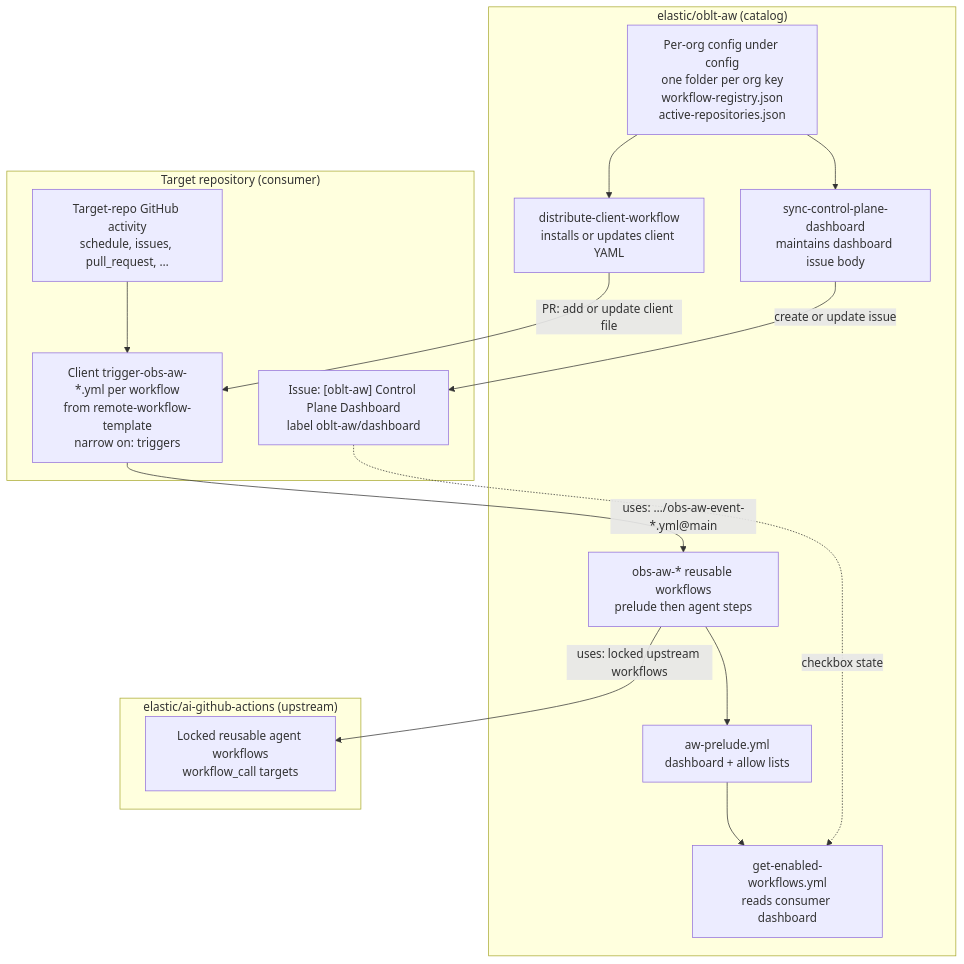
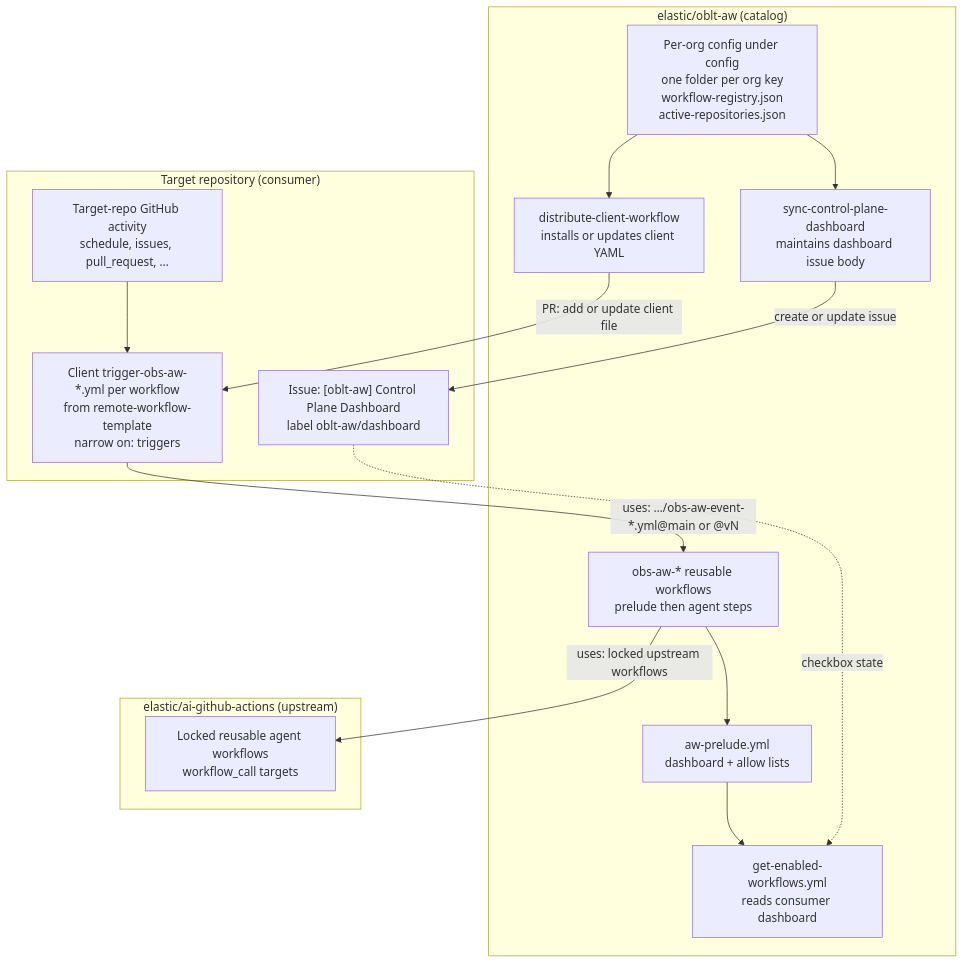
Before and after one commit to elastic/oblt-aw: the first of 4 diagrams in docs/architecture/overview.md, drawn with Mermaid. The commit also changed 27 other files, not shown here.

````diff
--- a/docs/architecture/overview.md
+++ b/docs/architecture/overview.md
@@ -48,32 +48,32 @@
 ```mermaid
 flowchart TB
   subgraph OBLT["elastic/oblt-aw (catalog)"]
     CFG["Per-org config under config\none folder per org key\nworkflow-registry.json\nactive-repositories.json"]
     DIST["distribute-client-workflow\ninstalls or updates client YAML"]
     SYNC["sync-control-plane-dashboard\nmaintains dashboard issue body"]
     PRE["aw-prelude.yml\ndashboard + allow lists"]
     GET["get-enabled-workflows.yml\nreads consumer dashboard"]
     GHA["obs-aw-* reusable workflows\nprelude then agent steps"]
     CFG --> DIST
     CFG --> SYNC
     PRE --> GET
     GHA --> PRE
   end
 
   subgraph UP["elastic/ai-github-actions (upstream)"]
     LOCK["Locked reusable agent workflows\nworkflow_call targets"]
   end
 
   subgraph CON["Target repository (consumer)"]
     EVT["Target-repo GitHub activity\nschedule, issues, pull_request, …"]
     CLIENT["Client trigger-obs-aw-*.yml per workflow\nfrom remote-workflow-template\nnarrow on: triggers"]
     DASH["Issue: [oblt-aw] Control Plane Dashboard\nlabel oblt-aw/dashboard"]
     EVT --> CLIENT
     DASH -.->|checkbox state| GET
   end
 
   DIST -->|PR: add or update client file| CLIENT
   SYNC -->|create or update issue| DASH
-  CLIENT -->|uses: …/obs-aw-event-*.yml@main| GHA
+  CLIENT -->|uses: …/obs-aw-event-*.yml@main or @vN| GHA
   GHA -->|uses: locked upstream workflows| LOCK
 ```
````
